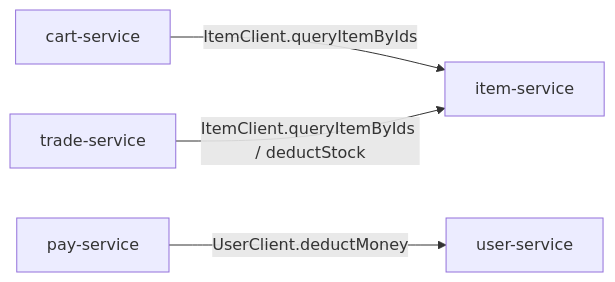
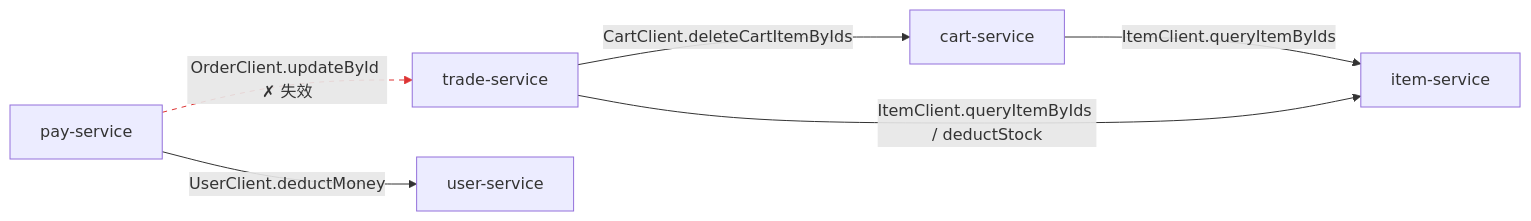
Before and after one commit to 3219378872/web-dev-experiment: the second of 2 diagrams in docs/structure/02-module-dependencies.md, drawn with Mermaid. The commit also changed other lines of this file and 4 other files, not shown here.

First line of the commit message:
docs: update structure diagrams for Seata/RabbitMQ/MinIO integration

````diff
--- a/docs/structure/02-module-dependencies.md
+++ b/docs/structure/02-module-dependencies.md
@@ -34,12 +34,16 @@
 ```mermaid
 flowchart LR
     CS[cart-service]
     TS[trade-service]
     PS[pay-service]
     IS[item-service]
     US[user-service]
 
     CS -- "ItemClient.queryItemByIds" --> IS
     TS -- "ItemClient.queryItemByIds / deductStock" --> IS
+    TS -- "CartClient.deleteCartItemByIds" --> CS
     PS -- "UserClient.deductMoney" --> US
+    PS -.->|"OrderClient.updateById ✗ 失效"| TS
+
+    linkStyle 4 stroke:#d33,stroke-dasharray:5 5
 ```
````
